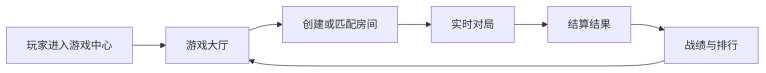
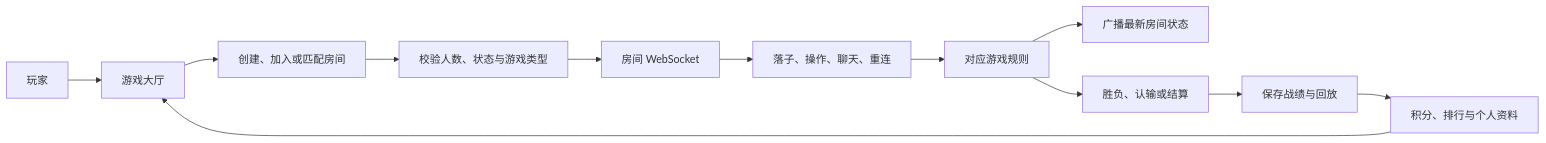
Before and after one commit to pluchon/mengmeng_forum: the seventh of 13 diagrams in README.md, drawn with Mermaid. The commit also changed other lines of this file, not shown here.

Commit message:
docs: 细化项目模块流程图

````diff
--- a/README.md
+++ b/README.md
@@ -134,9 +153,14 @@
 ```mermaid
 flowchart LR
-  U["玩家进入游戏中心"] --> L["游戏大厅"]
-  L --> M["创建或匹配房间"]
-  M --> W["实时对局"]
-  W --> R["结算结果"]
-  R --> H["战绩与排行"]
-  H --> L
+  U["玩家"] --> L["游戏大厅"]
+  L --> M["创建、加入或匹配房间"]
+  M --> JOIN["校验人数、状态与游戏类型"]
+  JOIN --> WS["房间 WebSocket"]
+  WS --> MOVE["落子、操作、聊天、重连"]
+  MOVE --> RULE["对应游戏规则"]
+  RULE --> STATE["广播最新房间状态"]
+  RULE --> END["胜负、认输或结算"]
+  END --> REC["保存战绩与回放"]
+  REC --> RANK["积分、排行与个人资料"]
+  RANK --> L
 ```
````
